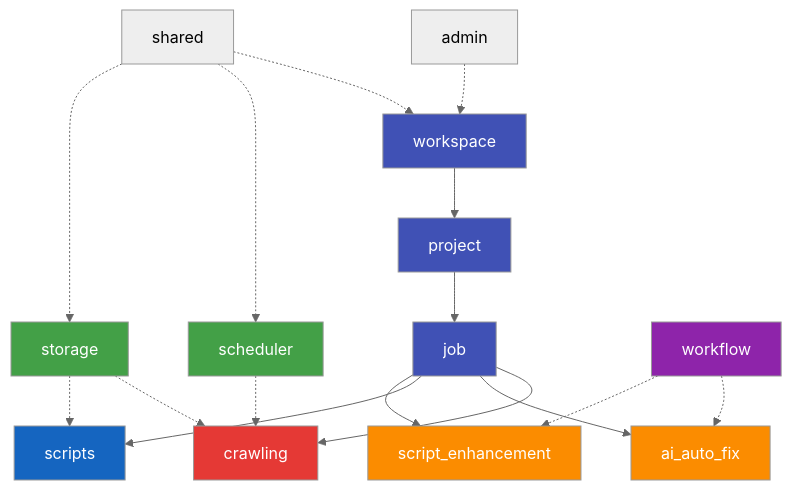
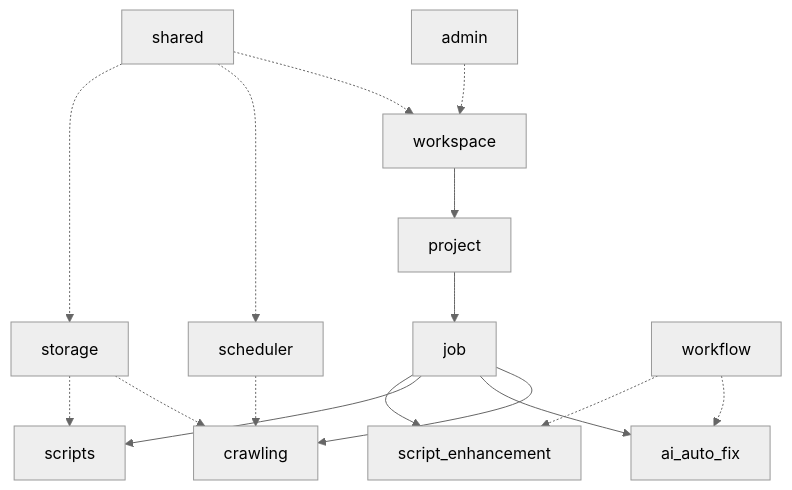
The second of 7 diagrams in docs/backend/02-architecture-and-design.md (cybertarzan/vibe-crawler-handover), drawn with Mermaid (neutral theme) before and after one commit. The commit also changed other lines of this file and 30 other files, not shown here.

Commit message:
style: 모든 mermaid 다이어그램에서 커스텀 배경색 제거 (기본 테마 사용)

````diff
--- a/docs/backend/02-architecture-and-design.md
+++ b/docs/backend/02-architecture-and-design.md
@@ -70,30 +70,20 @@
 ```mermaid
 graph TD
     WS[workspace] --> PROJ[project]
     PROJ --> JOB[job]
     JOB --> CRAWL[crawling]
     JOB --> AIFIX["ai_auto_fix"]
     JOB --> SCRIPT[scripts]
     JOB --> ENHANCE["script_enhancement"]
 
     SCHED[scheduler] -.-> CRAWL
     STORAGE[storage] -.-> CRAWL
     STORAGE -.-> SCRIPT
     WORKFLOW[workflow] -.-> AIFIX
     WORKFLOW -.-> ENHANCE
     ADMIN[admin] -.-> WS
     SHARED[shared] -.-> WS
     SHARED -.-> SCHED
     SHARED -.-> STORAGE
 
-    style WS fill:#4051B5,color:#fff
-    style PROJ fill:#4051B5,color:#fff
-    style JOB fill:#4051B5,color:#fff
-    style CRAWL fill:#e53935,color:#fff
-    style AIFIX fill:#FB8C00,color:#fff
-    style ENHANCE fill:#FB8C00,color:#fff
-    style SCRIPT fill:#1565C0,color:#fff
-    style SCHED fill:#43A047,color:#fff
-    style STORAGE fill:#43A047,color:#fff
-    style WORKFLOW fill:#8E24AA,color:#fff
 ```
````
